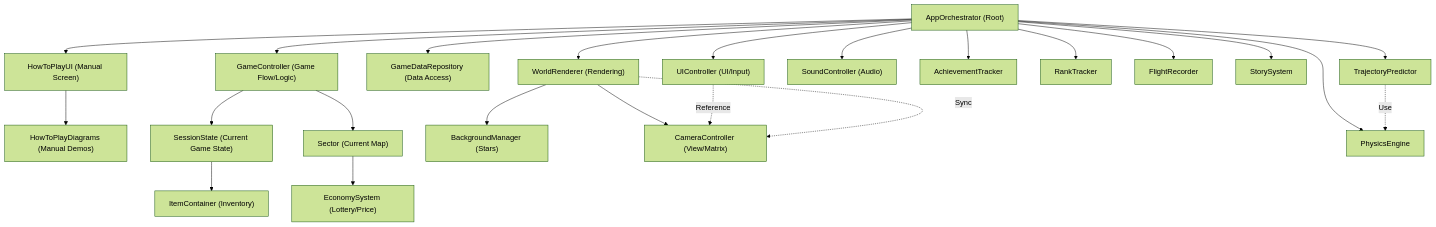
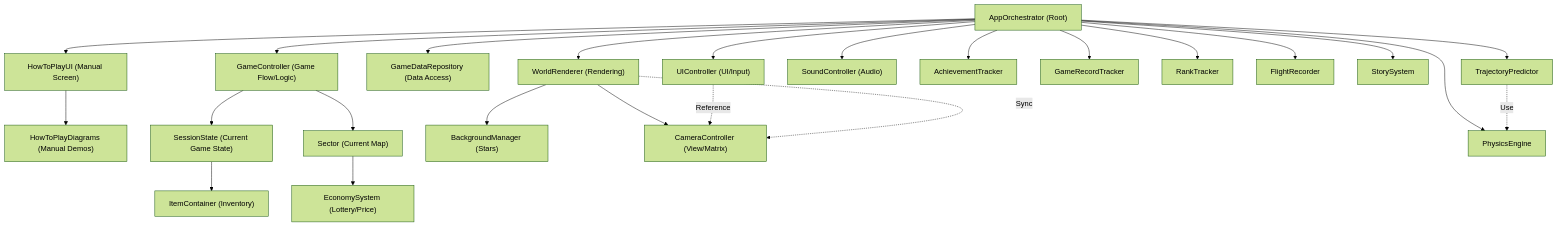
Before and after one commit to T-I-Oak/GravityFreight: the diagram in docs/specs/systems/class_roles.md, drawn with Mermaid (forest theme). The commit also changed other lines of this file and 6 other files, not shown here.

Commit message:
docs: define game record persistence

````diff
--- a/docs/specs/systems/class_roles.md
+++ b/docs/specs/systems/class_roles.md
@@ -14,37 +14,38 @@
 ```mermaid
 graph TD
     %% Root Layer
     Orchestrator["AppOrchestrator (Root)"]
 
     %% Control Layer
     Orchestrator --> UI["UIController (UI/Input)"]
     Orchestrator --> HTP["HowToPlayUI (Manual Screen)"]
     HTP --> HTD["HowToPlayDiagrams (Manual Demos)"]
     Orchestrator --> GDR["GameDataRepository (Data Access)"]
 
     %% Logic & System Layer
     Orchestrator --> GC["GameController (Game Flow/Logic)"]
     GC --> SS["SessionState (Current Game State)"]
     SS --> IC["ItemContainer (Inventory)"]
     GC --> SEC["Sector (Current Map)"]
     SEC --> ES["EconomySystem (Lottery/Price)"]
 
     %% System Layer (Infrastructure)
     Orchestrator --> WR["WorldRenderer (Rendering)"]
     WR --> BM["BackgroundManager (Stars)"]
     WR --> CC["CameraController (View/Matrix)"]
     Orchestrator --> SC["SoundController (Audio)"]
 
     %% Global Services
     Orchestrator --> AT["AchievementTracker"]
+    Orchestrator --> GRT["GameRecordTracker"]
     Orchestrator --> RT["RankTracker"]
     Orchestrator --> FR["FlightRecorder"]
     Orchestrator --> Story["StorySystem"]
     Orchestrator --> PE["PhysicsEngine"]
     Orchestrator --> TP["TrajectoryPredictor"]
 
     %% Key Cross-domain relations (Dashed lines)
     TP -.->|Use| PE
     UI -.->|Reference| CC
     WR -.->|Sync| CC
 ```
````
